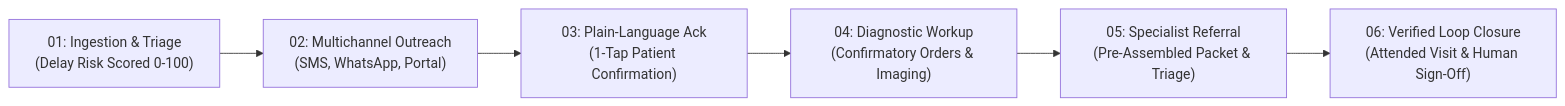
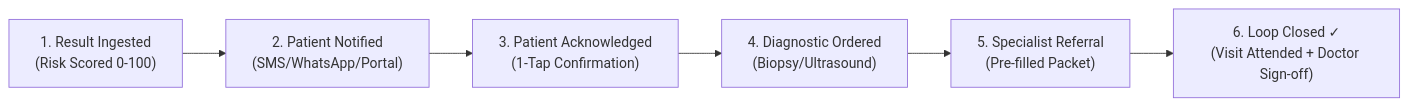
One commit to srj7042/CareLoop changed the second of 2 diagrams in README.md. Above: the diagram before and after it, drawn with Mermaid. The commit also changed other lines of this file, not shown here.

Commit message:
docs: simplify architecture and workflow in README for crystal-clear readability

````diff
--- a/README.md
+++ b/README.md
@@ -76,8 +95,8 @@
 ```mermaid
 flowchart LR
-    Step1["01: Ingestion & Triage<br/>(Delay Risk Scored 0-100)"] --> Step2["02: Multichannel Outreach<br/>(SMS, WhatsApp, Portal)"]
-    Step2 --> Step3["03: Plain-Language Ack<br/>(1-Tap Patient Confirmation)"]
-    Step3 --> Step4["04: Diagnostic Workup<br/>(Confirmatory Orders & Imaging)"]
-    Step4 --> Step5["05: Specialist Referral<br/>(Pre-Assembled Packet & Triage)"]
-    Step5 --> Step6["06: Verified Loop Closure<br/>(Attended Visit & Human Sign-Off)"]
+    S1["1. Result Ingested<br/>(Risk Scored 0-100)"] --> S2["2. Patient Notified<br/>(SMS/WhatsApp/Portal)"]
+    S2 --> S3["3. Patient Acknowledged<br/>(1-Tap Confirmation)"]
+    S3 --> S4["4. Diagnostic Ordered<br/>(Biopsy/Ultrasound)"]
+    S4 --> S5["5. Specialist Referral<br/>(Pre-filled Packet)"]
+    S5 --> S6["6. Loop Closed ✓<br/>(Visit Attended + Doctor Sign-off)"]
 ```
````
